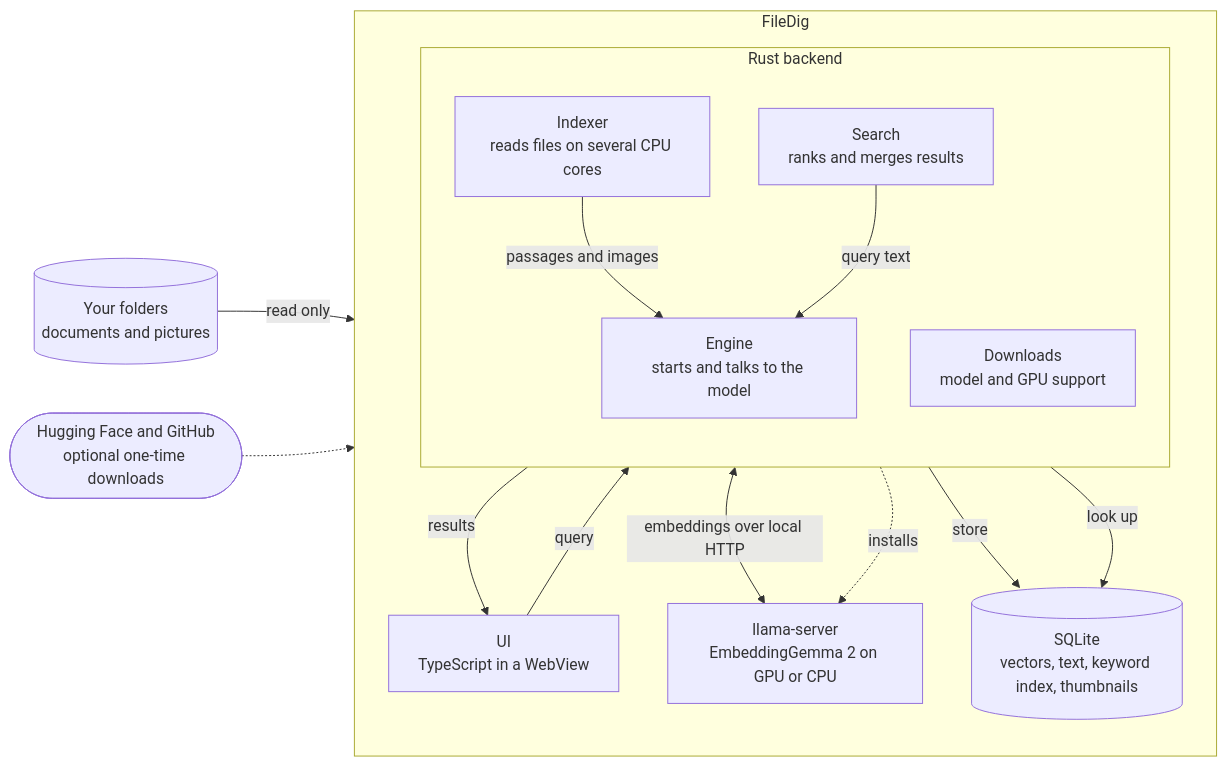
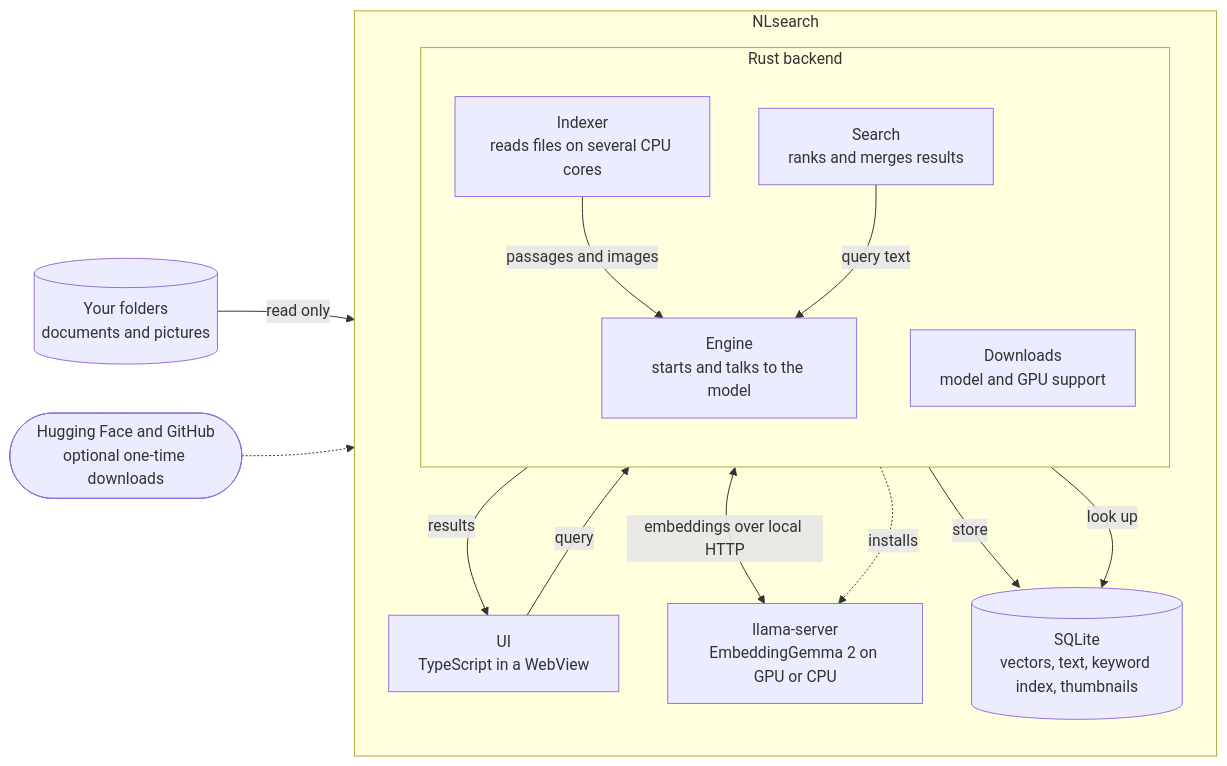
One commit to jason7773/NLsearch changed the diagram in README.md. Above: the diagram before and after it, drawn with Mermaid. The commit also changed other lines of this file and 32 other files, not shown here.

````diff
--- a/README.md
+++ b/README.md
@@ -197,31 +207,31 @@
 ```mermaid
 flowchart LR
     Files[("Your folders<br/>documents and pictures")]
 
-    subgraph App["FileDig"]
+    subgraph App["NLsearch"]
         direction TB
         UI["UI<br/>TypeScript in a WebView"]
         subgraph Core["Rust backend"]
             direction TB
             Search["Search<br/>ranks and merges results"]
             Indexer["Indexer<br/>reads files on several CPU cores"]
             Engine["Engine<br/>starts and talks to the model"]
             Setup["Downloads<br/>model and GPU support"]
         end
         Llama["llama-server<br/>EmbeddingGemma 2 on GPU or CPU"]
         DB[("SQLite<br/>vectors, text, keyword index, thumbnails")]
     end
 
     Net(["Hugging Face and GitHub<br/>optional one-time downloads"])
 
     UI -- "query" --> Search
     Search -- "results" --> UI
     Files -- "read only" --> Indexer
     Indexer -- "passages and images" --> Engine
     Search -- "query text" --> Engine
     Engine <-- "embeddings over local HTTP" --> Llama
     Indexer -- "store" --> DB
     Search -- "look up" --> DB
     Net -.-> Setup
     Setup -. "installs" .-> Llama
 ```
````
